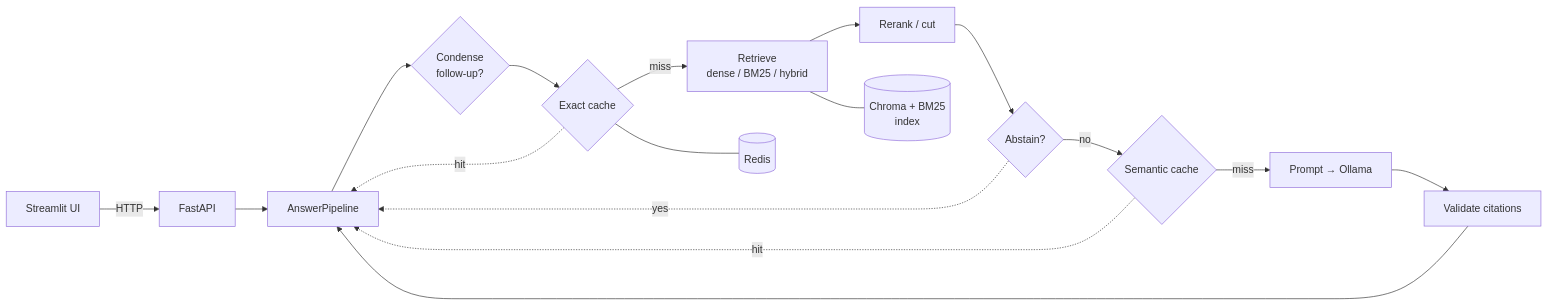
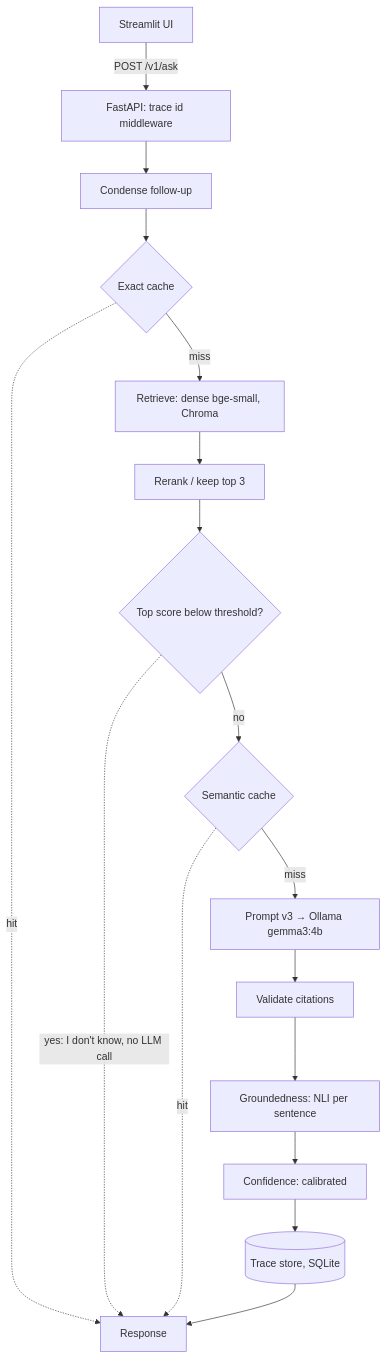
One commit to ShubhamHarkare/CodeSearch-AI changed the diagram in README.md. Above: the diagram before and after it, drawn with Mermaid. The commit also changed other lines of this file, not shown here.

````diff
--- a/README.md
+++ b/README.md
@@ -119,19 +47,19 @@
 ```mermaid
-flowchart LR
-    UI[Streamlit UI] -->|HTTP| API[FastAPI]
-    API --> P[AnswerPipeline]
-    P --> C{Condense<br/>follow-up?}
+flowchart TD
+    UI[Streamlit UI] -->|POST /v1/ask| API[FastAPI: trace id middleware]
+    API --> C[Condense follow-up]
     C --> K{Exact cache}
-    K -->|miss| R[Retrieve<br/>dense / BM25 / hybrid]
-    R --> RR[Rerank / cut]
-    RR --> A{Abstain?}
+    K -.->|hit| OUT[Response]
+    K -->|miss| R[Retrieve: dense bge-small, Chroma]
+    R --> RR[Rerank / keep top 3]
+    RR --> A{Top score below threshold?}
+    A -.->|yes: I don't know, no LLM call| OUT
     A -->|no| S{Semantic cache}
-    S -->|miss| L[Prompt → Ollama]
+    S -.->|hit| OUT
+    S -->|miss| L[Prompt v3 → Ollama gemma3:4b]
     L --> CI[Validate citations]
-    CI --> P
-    K -.->|hit| P
-    S -.->|hit| P
-    A -.->|yes| P
-    R --- IDX[(Chroma + BM25<br/>index)]
-    K --- RD[(Redis)]
+    CI --> G[Groundedness: NLI per sentence]
+    G --> CF[Confidence: calibrated]
+    CF --> T[(Trace store, SQLite)]
+    T --> OUT
 ```
````
